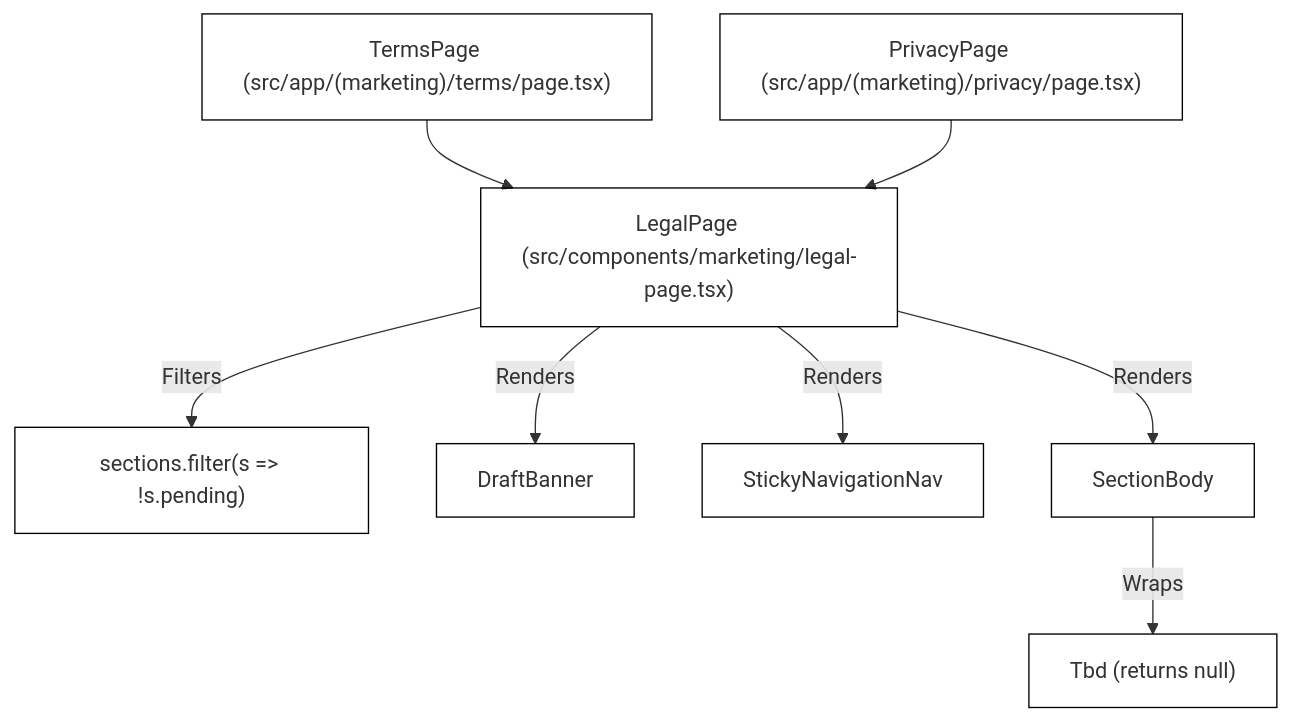
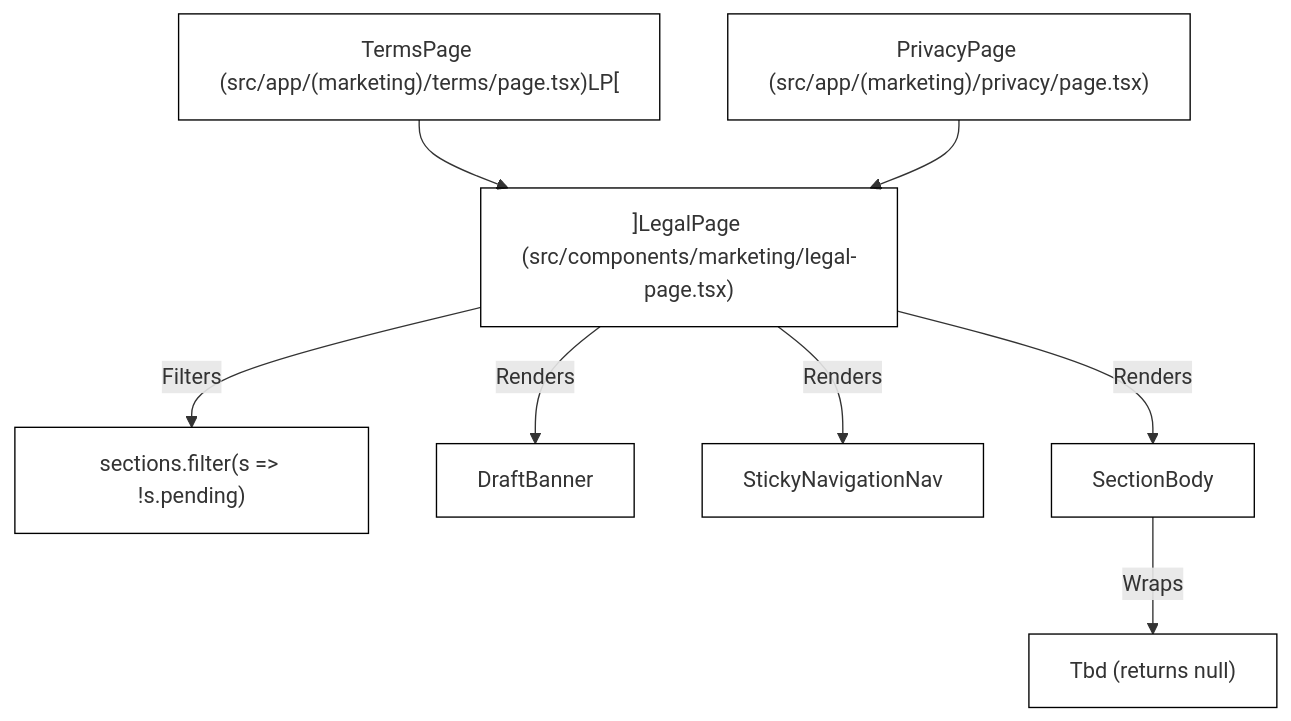
One commit to jarrettheflin/immune-fit-Devin-Wiki changed the first of 2 diagrams in pages/6.2-legal-pages-terms-privacy.md. Above: the diagram before and after it, drawn with Mermaid. The commit also changed 22 other files, not shown here.

Commit message:
Repair Mermaid syntax so all 67 diagrams render on GitHub

````diff
--- a/pages/6.2-legal-pages-terms-privacy.md
+++ b/pages/6.2-legal-pages-terms-privacy.md
@@ -38,19 +38,19 @@
 ```mermaid
 graph TD
-    TP["TermsPage (src/app/(marketing)/terms/page.tsx)"] --> LP["LegalPage (src/components/marketing/legal-page.tsx)"]
+    TP["TermsPage (src/app/(marketing)/terms/page.tsx)LP["] --> LP["]LegalPage (src/components/marketing/legal-page.tsx)"]
     PP["PrivacyPage (src/app/(marketing)/privacy/page.tsx)"] --> LP
-    LP -->|Filters| SF["sections.filter(s => !s.pending)"]
-    LP -->|Renders| DB["DraftBanner"]
-    LP -->|Renders| NAV["StickyNavigationNav"]
-    LP -->|Renders| SEC["SectionBody"]
-    SEC -->|Wraps| TBD["Tbd (returns null)"]
+    LP -->|"Filters"| SF["sections.filter(s => !s.pending)"]
+    LP -->|"Renders"| DB["DraftBanner"]
+    LP -->|"Renders"| NAV["StickyNavigationNav"]
+    LP -->|"Renders"| SEC["SectionBody"]
+    SEC -->|"Wraps"| TBD["Tbd (returns null)"]
 
     style TP fill:none,stroke:#000,stroke-width:1px
     style PP fill:none,stroke:#000,stroke-width:1px
     style LP fill:none,stroke:#000,stroke-width:1px
     style SF fill:none,stroke:#000,stroke-width:1px
     style DB fill:none,stroke:#000,stroke-width:1px
     style NAV fill:none,stroke:#000,stroke-width:1px
     style SEC fill:none,stroke:#000,stroke-width:1px
     style TBD fill:none,stroke:#000,stroke-width:1px
 ```
````
